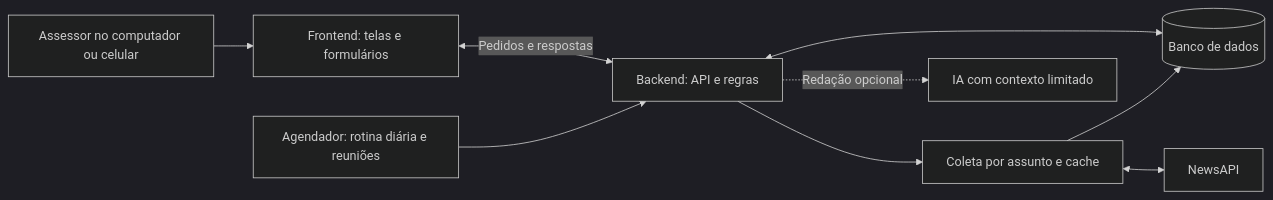
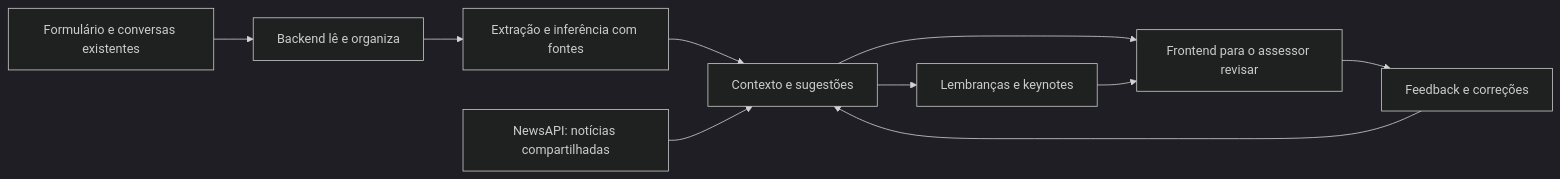
The first of 2 diagrams in docs/visao-geral.md (antonioagbbernardo/rotaxp-hackathon-grupo1), drawn with Mermaid (dark theme) before and after one commit. The commit also changed other lines of this file and 8 other files, not shown here.

Commit message:
docs: define inferência de contexto, supervisão e testes com dados fictícios

````diff
--- a/docs/visao-geral.md
+++ b/docs/visao-geral.md
@@ -39,11 +30,12 @@
 ```mermaid
 flowchart LR
-    A[Assessor no computador ou celular] --> F[Frontend: telas e formulários]
-    F <-->|Pedidos e respostas| B[Backend: API e regras]
-    B <--> D[(Banco de dados)]
-    S[Agendador: rotina diária e reuniões] --> B
-    B --> C[Coleta por assunto e cache]
-    C <--> N[NewsAPI]
-    C --> D
-    B -. Redação opcional .-> I[IA com contexto limitado]
+    A[Formulário e conversas existentes] --> B[Backend lê e organiza]
+    B --> C[Extração e inferência com fontes]
+    C --> D[Contexto e sugestões]
+    D --> E[Frontend para o assessor revisar]
+    E --> F[Feedback e correções]
+    F --> D
+    N[NewsAPI: notícias compartilhadas] --> D
+    D --> R[Lembranças e keynotes]
+    R --> E
 ```
````
